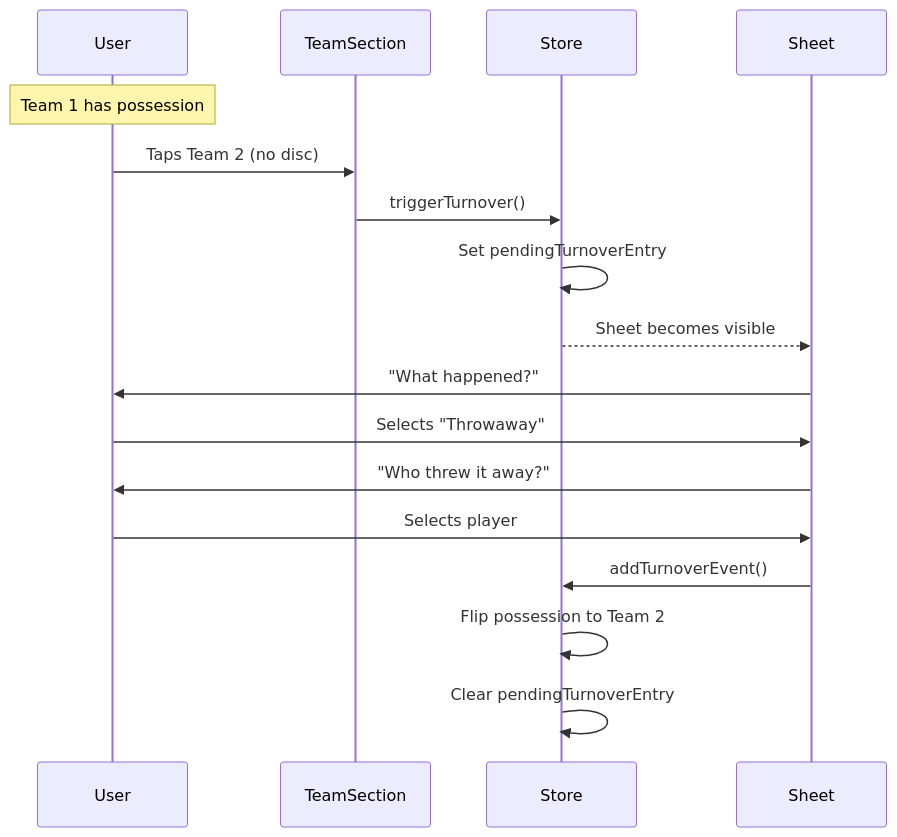
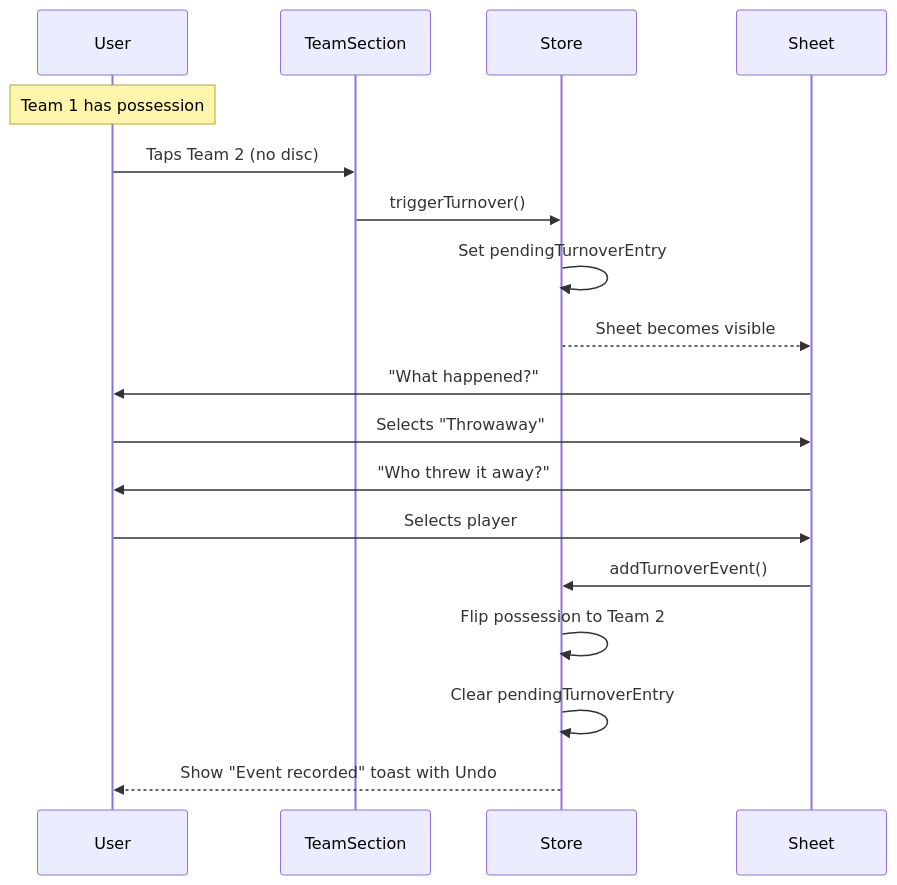
One commit to DanLang1/ultimatestats changed the second of 4 diagrams in docs/turnover-tracking.md. Above: the diagram before and after it, drawn with Mermaid. The commit also changed other lines of this file and 56 other files, not shown here.

````diff
--- a/docs/turnover-tracking.md
+++ b/docs/turnover-tracking.md
@@ -75,20 +78,21 @@
 ```mermaid
 sequenceDiagram
     participant User
     participant TeamSection
     participant Store
     participant Sheet
 
     Note over User: Team 1 has possession
     User->>TeamSection: Taps Team 2 (no disc)
     TeamSection->>Store: triggerTurnover()
     Store->>Store: Set pendingTurnoverEntry
     Store-->>Sheet: Sheet becomes visible
     Sheet->>User: "What happened?"
     User->>Sheet: Selects "Throwaway"
     Sheet->>User: "Who threw it away?"
     User->>Sheet: Selects player
     Sheet->>Store: addTurnoverEvent()
     Store->>Store: Flip possession to Team 2
     Store->>Store: Clear pendingTurnoverEntry
+    Store-->>User: Show "Event recorded" toast with Undo
 ```
````
